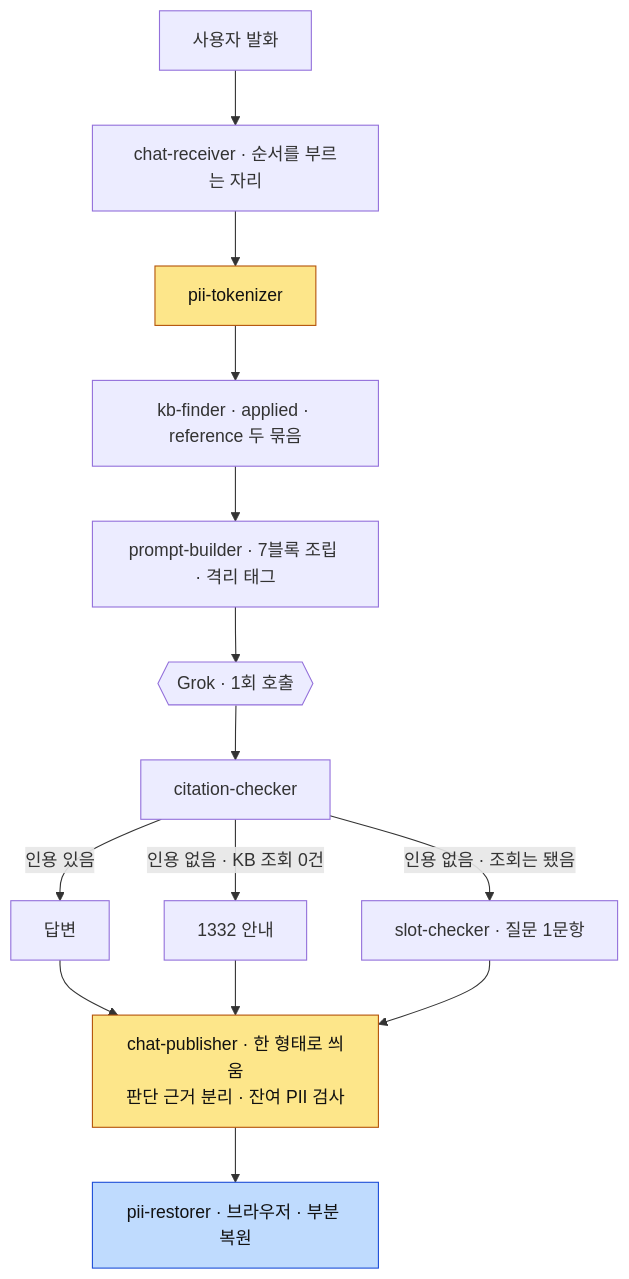
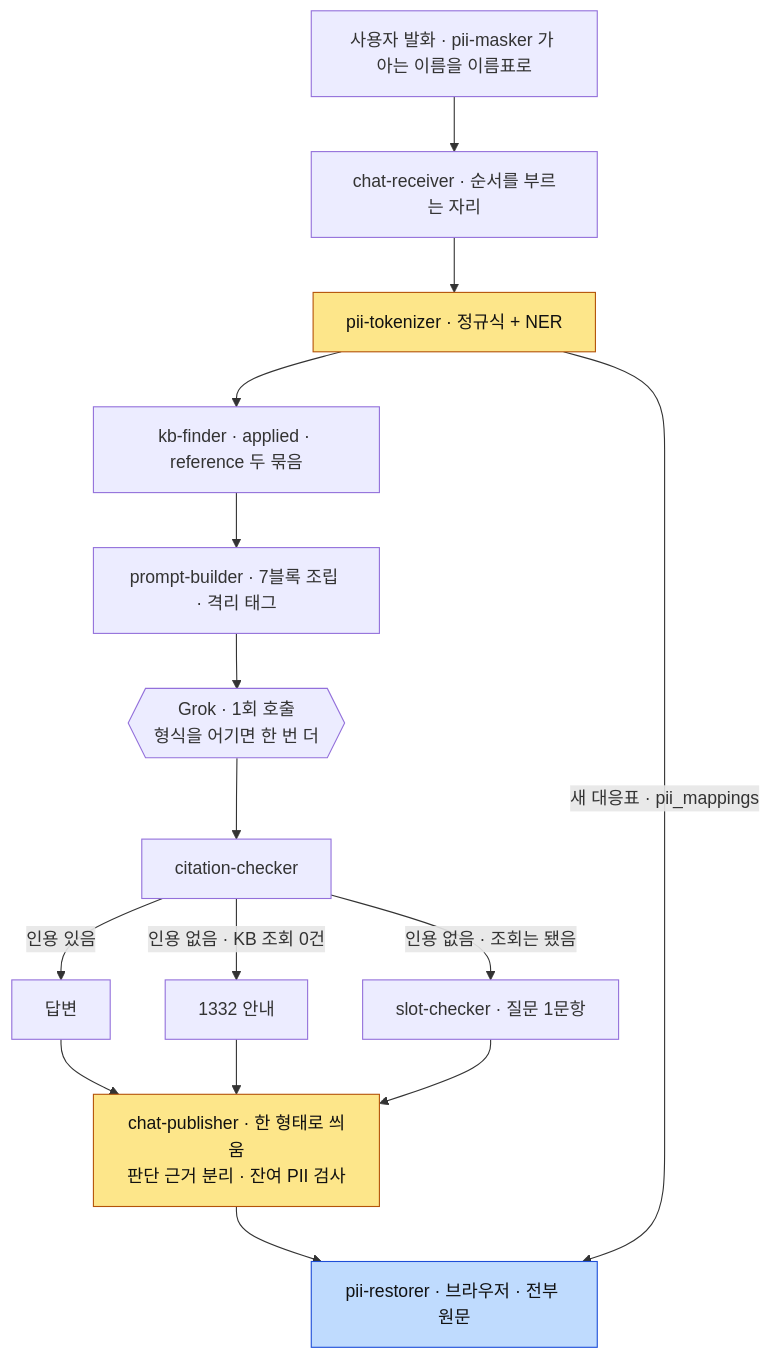
Before and after one commit to Dojaegyum/fsec-ai-challenge: the third of 9 diagrams in ARCHITECTURE.md, drawn with Mermaid. The commit also changed other lines of this file and 9 other files, not shown here.

First line of the commit message:
ARCHITECTURE.md 를 2026-09-06 main 기준으로 다시 쓴다 — 앱 밖 모델 서비스 · 볼트 · 크론 셋 · 실제 데이터 흐름을 그리고 미결 절은 없앤다 (doc-gardening 셋째 손질)

````diff
--- a/ARCHITECTURE.md
+++ b/ARCHITECTURE.md
@@ -174,23 +232,24 @@
 ```mermaid
 flowchart TB
-    IN["사용자 발화"] --> RECV["chat-receiver · 순서를 부르는 자리"]
-    RECV --> TOK2["pii-tokenizer"]
+    IN["사용자 발화 · pii-masker 가 아는 이름을 이름표로"] --> RECV["chat-receiver · 순서를 부르는 자리"]
+    RECV --> TOK2["pii-tokenizer · 정규식 + NER"]
     TOK2 --> FIND["kb-finder · applied · reference 두 묶음"]
     FIND --> PB["prompt-builder · 7블록 조립 · 격리 태그"]
-    PB --> LLM{{"Grok · 1회 호출"}}
+    PB --> LLM{{"Grok · 1회 호출<br/>형식을 어기면 한 번 더"}}
     LLM --> CC["citation-checker"]
 
     CC -->|"인용 있음"| OUT["답변"]
     CC -->|"인용 없음 · KB 조회 0건"| G1332["1332 안내"]
     CC -->|"인용 없음 · 조회는 됐음"| SLOT["slot-checker · 질문 1문항"]
 
     OUT --> PUB["chat-publisher · 한 형태로 씌움<br/>판단 근거 분리 · 잔여 PII 검사"]
     G1332 --> PUB
     SLOT --> PUB
 
-    PUB --> BROWSER["pii-restorer · 브라우저 · 부분 복원"]
+    PUB --> BROWSER["pii-restorer · 브라우저 · 전부 원문"]
+    TOK2 -- "새 대응표 · pii_mappings" --> BROWSER
 
     style TOK2 fill:#fde68a,stroke:#b45309,color:#111
     style PUB fill:#fde68a,stroke:#b45309,color:#111
     style BROWSER fill:#bfdbfe,stroke:#1d4ed8,color:#111
 ```
````
